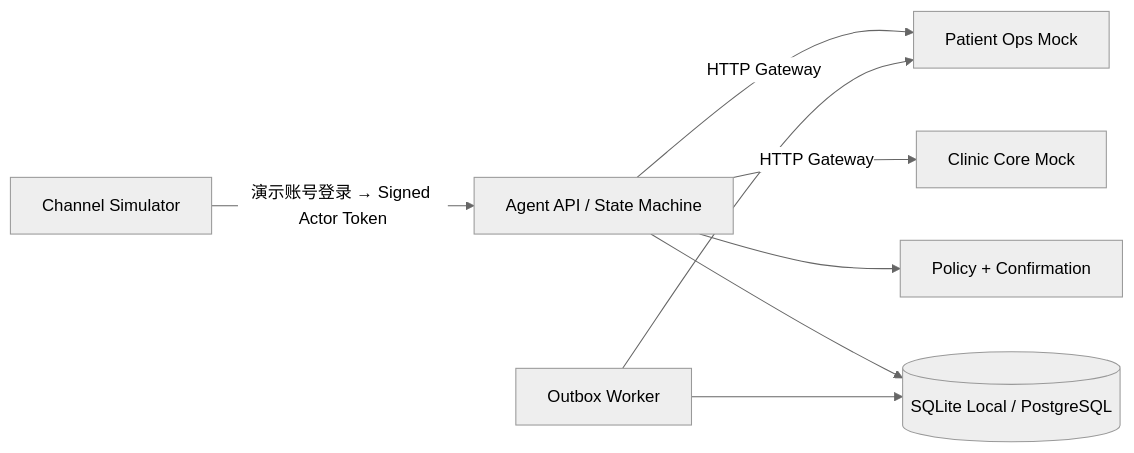
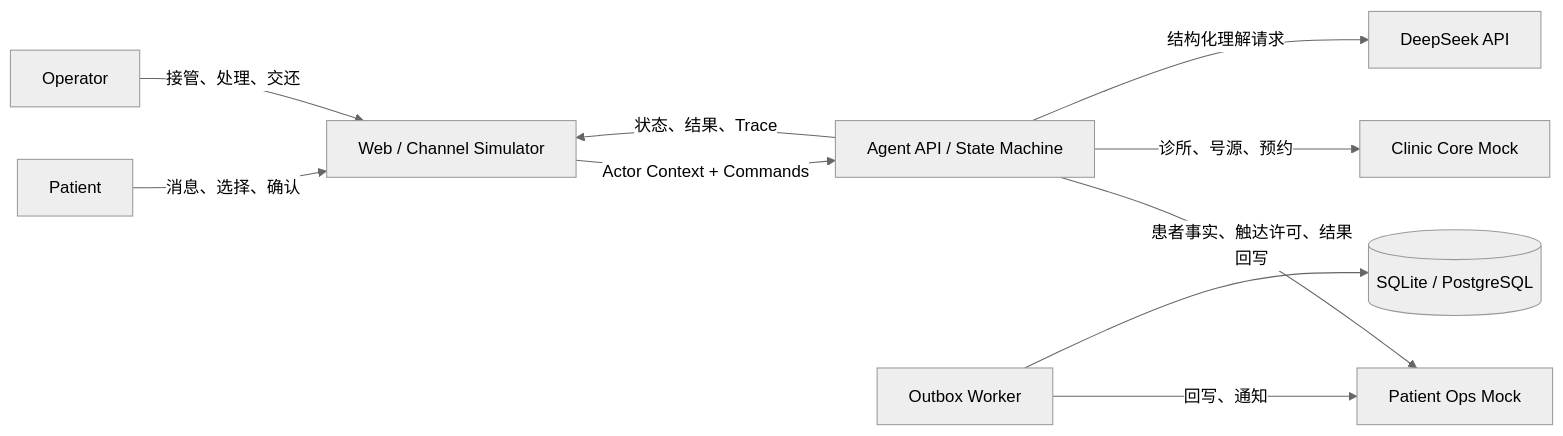
Before and after one commit to jonji886/patient-ops-agent: the second of 2 diagrams in README.md, drawn with Mermaid (neutral theme). The commit also changed other lines of this file and 11 other files, not shown here.

Commit message:
docs: update README, UI spec and API contract; enhance web role workspaces and styles

````diff
--- a/README.md
+++ b/README.md
@@ -19,10 +313,12 @@
 ```mermaid
 flowchart LR
-    Web[Channel Simulator] -->|演示账号登录 → Signed Actor Token| Agent[Agent API / State Machine]
-    Agent -->|HTTP Gateway| PatientOps[Patient Ops Mock]
-    Agent -->|HTTP Gateway| Clinic[Clinic Core Mock]
-    Agent --> Policy[Policy + Confirmation]
-    Agent --> DB[(SQLite Local / PostgreSQL)]
-    Worker[Outbox Worker] --> DB
-    Worker --> PatientOps
+    Patient[Patient] -->|消息、选择、确认| Web[Web / Channel Simulator]
+    Operator[Operator] -->|接管、处理、交还| Web
+    Web -->|Actor Context + Commands| Agent[Agent API / State Machine]
+    Agent -->|患者事实、触达许可、结果回写| PatientOps[Patient Ops Mock]
+    Agent -->|诊所、号源、预约| Clinic[Clinic Core Mock]
+    Agent -->|结构化理解请求| DeepSeek[DeepSeek API]
+    Agent -->|状态、结果、Trace| Web
+    Worker[Outbox Worker] -->|回写、通知| PatientOps
+    Worker --> AgentDB[(SQLite / PostgreSQL)]
 ```
````
